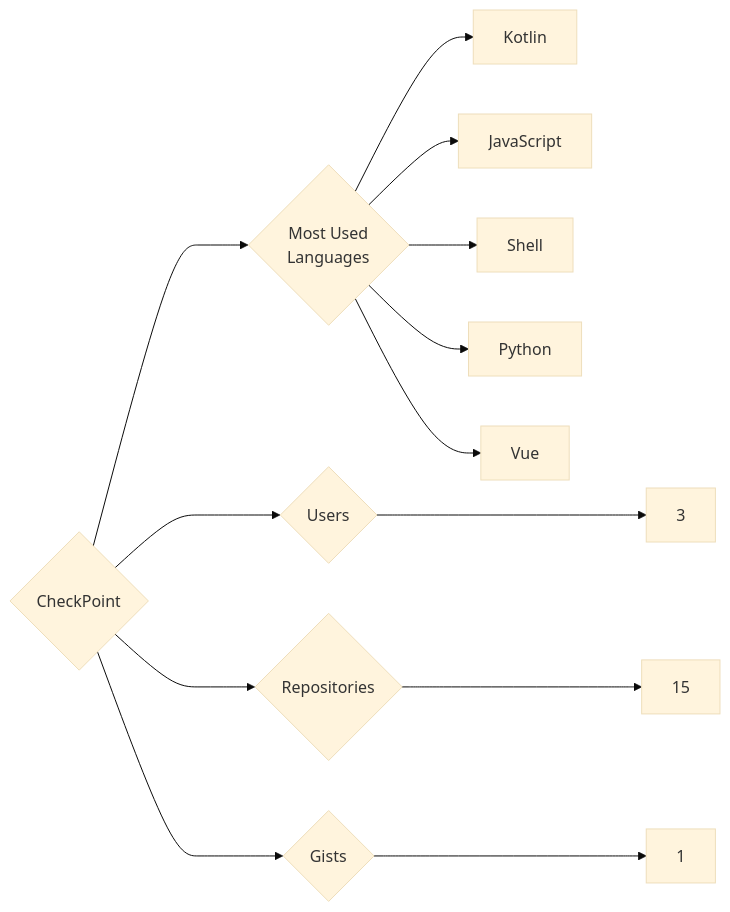
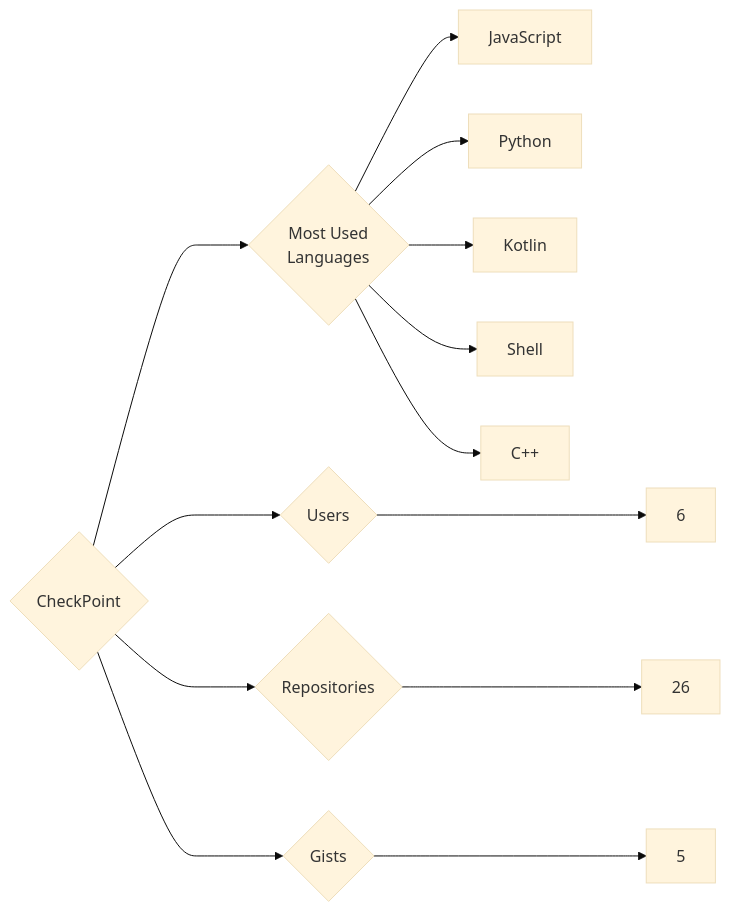
Before and after one commit to trickest/insiders: the diagram in targets/CheckPoint/README.md, drawn with Mermaid (base theme). The commit also changed 859 other files, not shown here.

````diff
--- a/targets/CheckPoint/README.md
+++ b/targets/CheckPoint/README.md
@@ -3,13 +3,13 @@
 ```mermaid
 graph LR
 COMPANY_NAME{CheckPoint}
-COMPANY_NAME ---> U{Users} ---> UN[3]
-COMPANY_NAME ---> R{Repositories} ---> RN[15]
-COMPANY_NAME ---> G{Gists} ---> GN[1]
+COMPANY_NAME ---> U{Users} ---> UN[6]
+COMPANY_NAME ---> R{Repositories} ---> RN[26]
+COMPANY_NAME ---> G{Gists} ---> GN[5]
 COMPANY_NAME ---> ML{Most Used<br>Languages}
+ML --> JavaScript[JavaScript]
+ML --> Python[Python]
 ML --> Kotlin[Kotlin]
-ML --> JavaScript[JavaScript]
 ML --> Shell[Shell]
-ML --> Python[Python]
-ML --> Vue[Vue]
+ML --> C++[C++]
 ```
````
